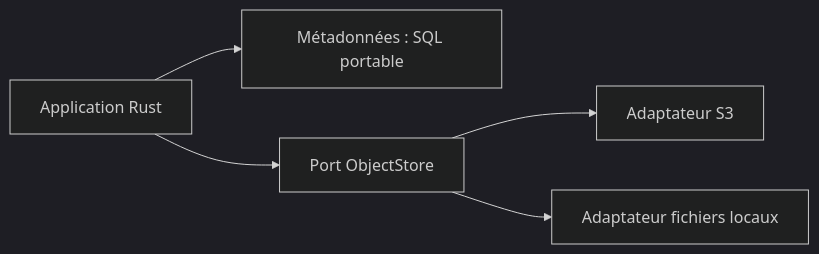
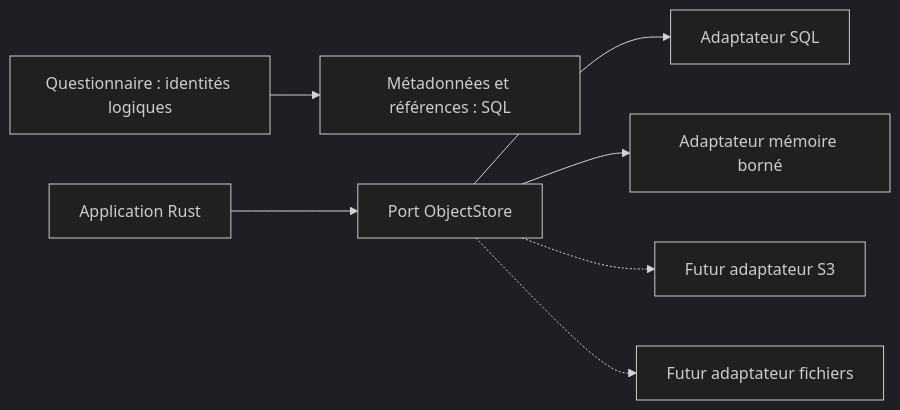
One commit to akerfourn/RustSurvey changed the diagram in docs/decisions/0002-object-storage.md. Above: the diagram before and after it, drawn with Mermaid (dark theme). The commit also changed other lines of this file and 90 other files, not shown here.

````diff
--- a/docs/decisions/0002-object-storage.md
+++ b/docs/decisions/0002-object-storage.md
@@ -39,7 +30,9 @@
 ```mermaid
 flowchart LR
-    Application["Application Rust"] --> Metadata["Métadonnées : SQL portable"]
-    Application --> Objects["Port ObjectStore"]
-    Objects --> S3["Adaptateur S3"]
-    Objects --> Disk["Adaptateur fichiers locaux"]
+    Domain["Questionnaire : identités logiques"] --> Metadata["Métadonnées et références : SQL"]
+    Server["Application Rust"] --> Port["Port ObjectStore"]
+    Port --> SQL["Adaptateur SQL"]
+    Port --> Memory["Adaptateur mémoire borné"]
+    Port -.-> S3["Futur adaptateur S3"]
+    Port -.-> Disk["Futur adaptateur fichiers"]
 ```
````
